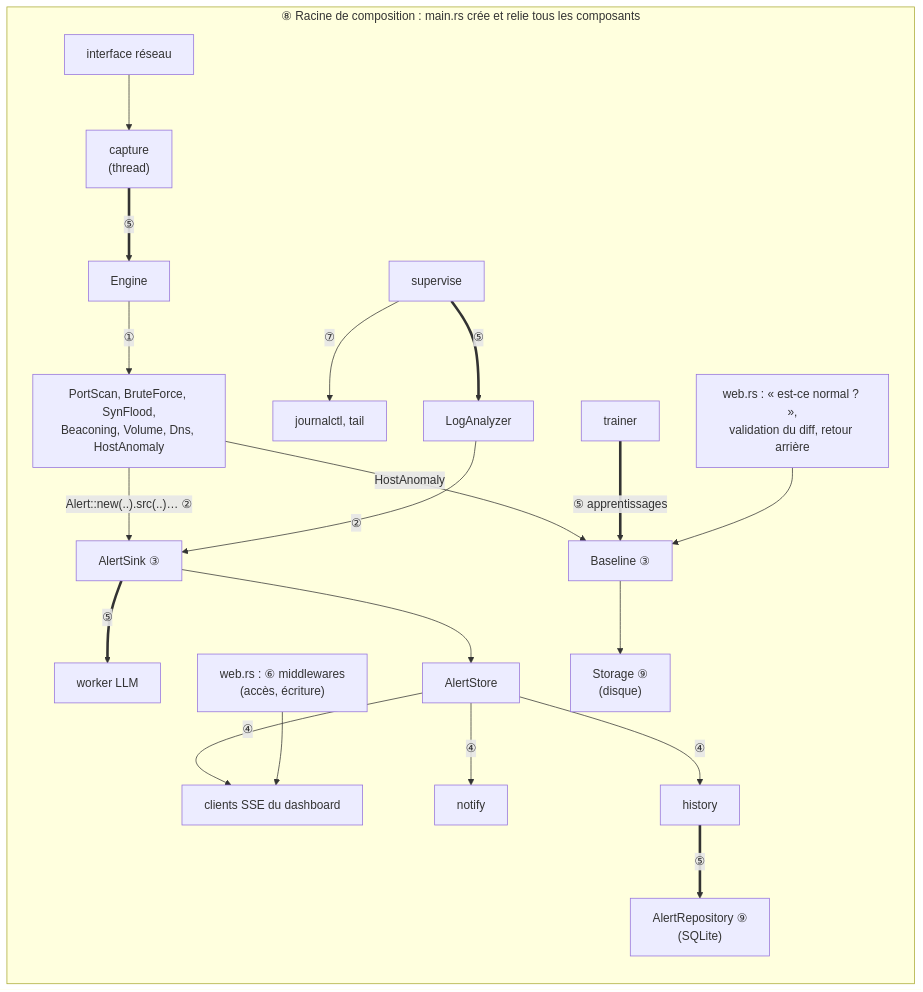
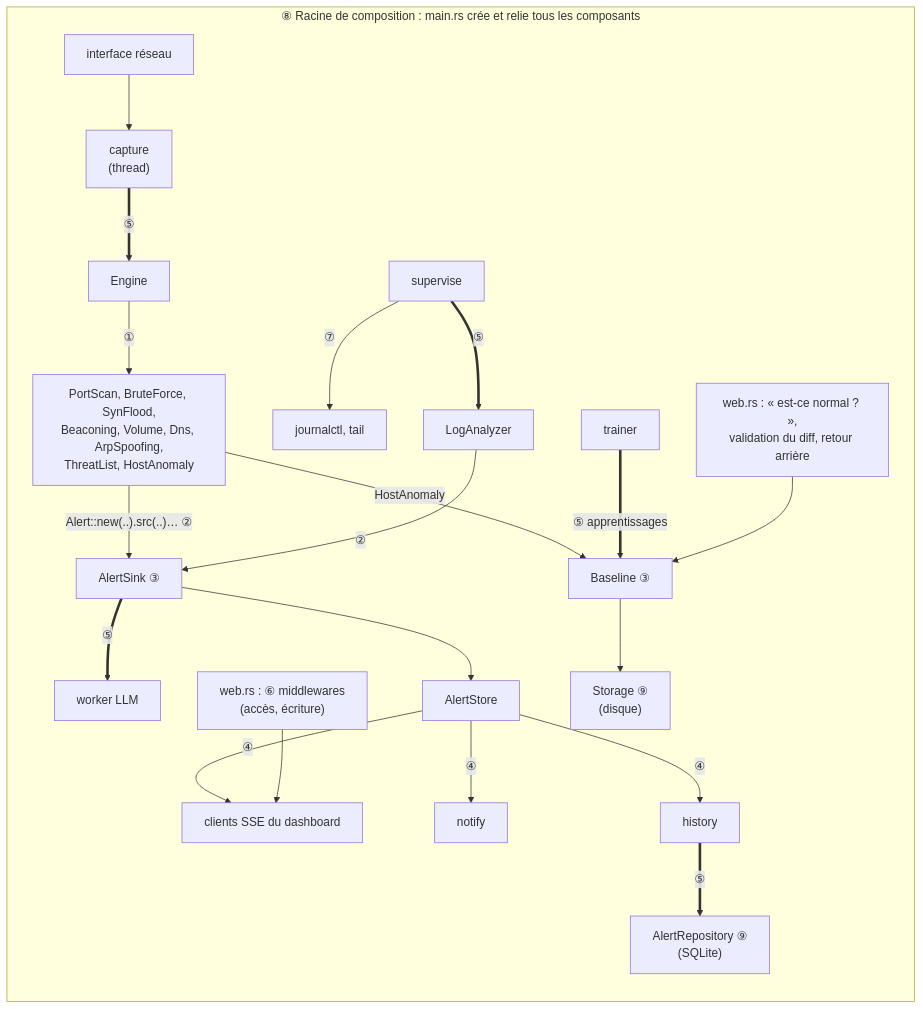
The second of 2 diagrams in README.md (jprecigout/cyward), drawn with Mermaid before and after one commit. The commit also changed other lines of this file, not shown here.

Commit message:
docs(readme): citer ArpSpoofing et ThreatList parmi les stratégies
Le schéma des design patterns et la liste des stratégies concrètes
n'avaient pas été mis à jour avec les deux détecteurs ajoutés.

````diff
--- a/README.md
+++ b/README.md
@@ -249,24 +249,24 @@
 ```mermaid
 flowchart LR
     subgraph ROOT["⑧ Racine de composition : main.rs crée et relie tous les composants"]
         NIC["interface réseau"] --> CAP["capture<br/>(thread)"]
         CAP == "⑤" ==> ENG["Engine"]
-        ENG -- "①" --> DETS["PortScan, BruteForce, SynFlood,<br/>Beaconing, Volume, Dns, HostAnomaly"]
+        ENG -- "①" --> DETS["PortScan, BruteForce, SynFlood,<br/>Beaconing, Volume, Dns, ArpSpoofing,<br/>ThreatList, HostAnomaly"]
         SUP["supervise"] -- "⑦" --> SRC["journalctl, tail"]
         SUP == "⑤" ==> LA["LogAnalyzer"]
         DETS -- "Alert::new(..).src(..)… ②" --> SINK["AlertSink ③"]
         LA -- "②" --> SINK
         SINK == "⑤" ==> LLM["worker LLM"]
         SINK --> STORE["AlertStore"]
         STORE -- "④" --> SSE["clients SSE du dashboard"]
         STORE -- "④" --> NOTIF["notify"]
         STORE -- "④" --> HIST["history"]
         HIST == "⑤" ==> REPO["AlertRepository ⑨<br/>(SQLite)"]
         MW["web.rs : ⑥ middlewares<br/>(accès, écriture)"] --> SSE
 
         DETS -- "HostAnomaly" --> BL["Baseline ③"]
         BL --> STO["Storage ⑨<br/>(disque)"]
         TR["trainer"] == "⑤ apprentissages" ==> BL
         WQ["web.rs : « est-ce normal ? »,<br/>validation du diff, retour arrière"] --> BL
     end
 ```
````
